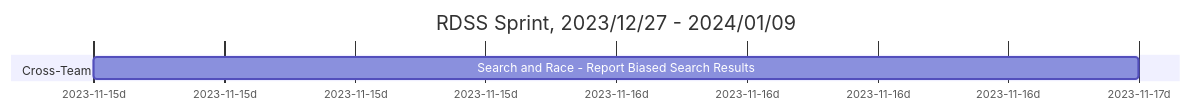
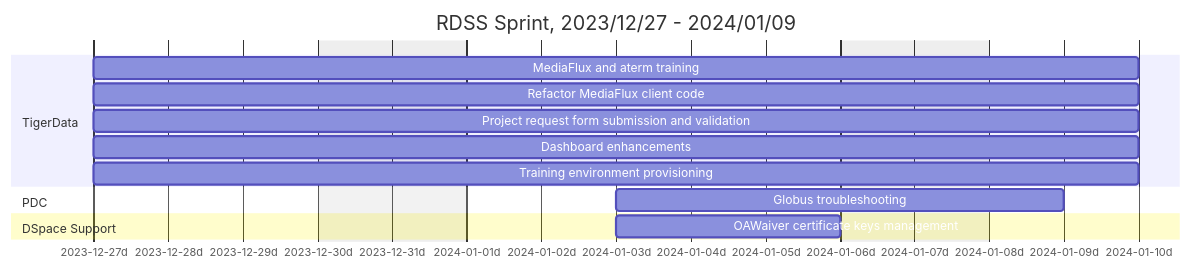
One commit to pulibrary/rdss-handbook changed the second of 38 diagrams in roadmap.md. Above: the diagram before and after it, drawn with Mermaid. The commit also changed other lines of this file, not shown here.

Commit message:
Added 2023/12/27 - 2024/01/09 sprint

````diff
--- a/roadmap.md
+++ b/roadmap.md
@@ -35,9 +35,17 @@
 ```mermaid
 gantt
     title RDSS Sprint, 2023/12/27 - 2024/01/09
     axisFormat  %Y-%m-%dd
     dateformat YYYY-MM-DD
     excludes weekends
-    section Cross-Team
-    Search and Race - Report Biased Search Results: td1, 2023-11-15, 2d
+    section TigerData 
+    MediaFlux and aterm training: td1, 2023-12-27, 10d
+    Refactor MediaFlux client code: td1, 2023-12-27, 10d
+    Project request form submission and validation: td2, 2023-12-27, 10d
+    Dashboard enhancements: td3, 2023-12-27, 10d
+    Training environment provisioning: td3, 2023-12-27, 10d
+    section PDC
+    Globus troubleshooting: pdc1, 2024-01-03, 4d
+    section DSpace Support
+    OAWaiver certificate keys management: dsp1, 2024-01-03, 3d
 ```
````
